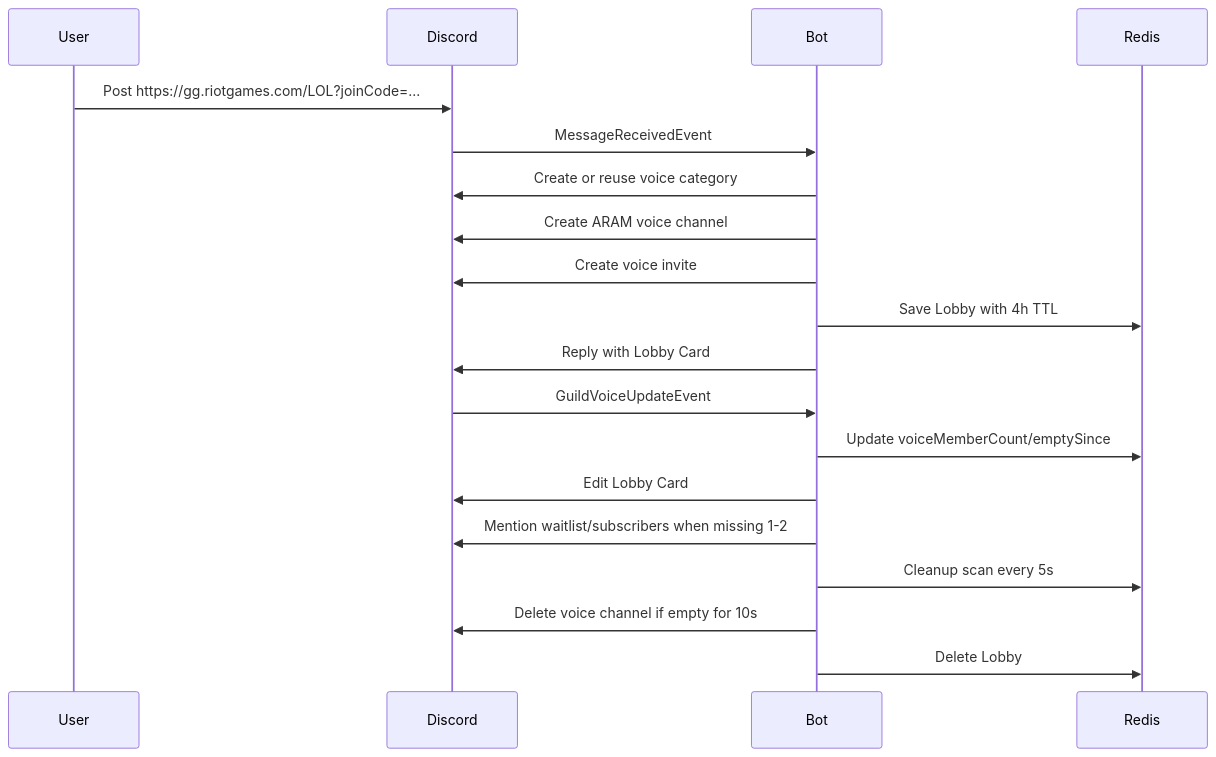
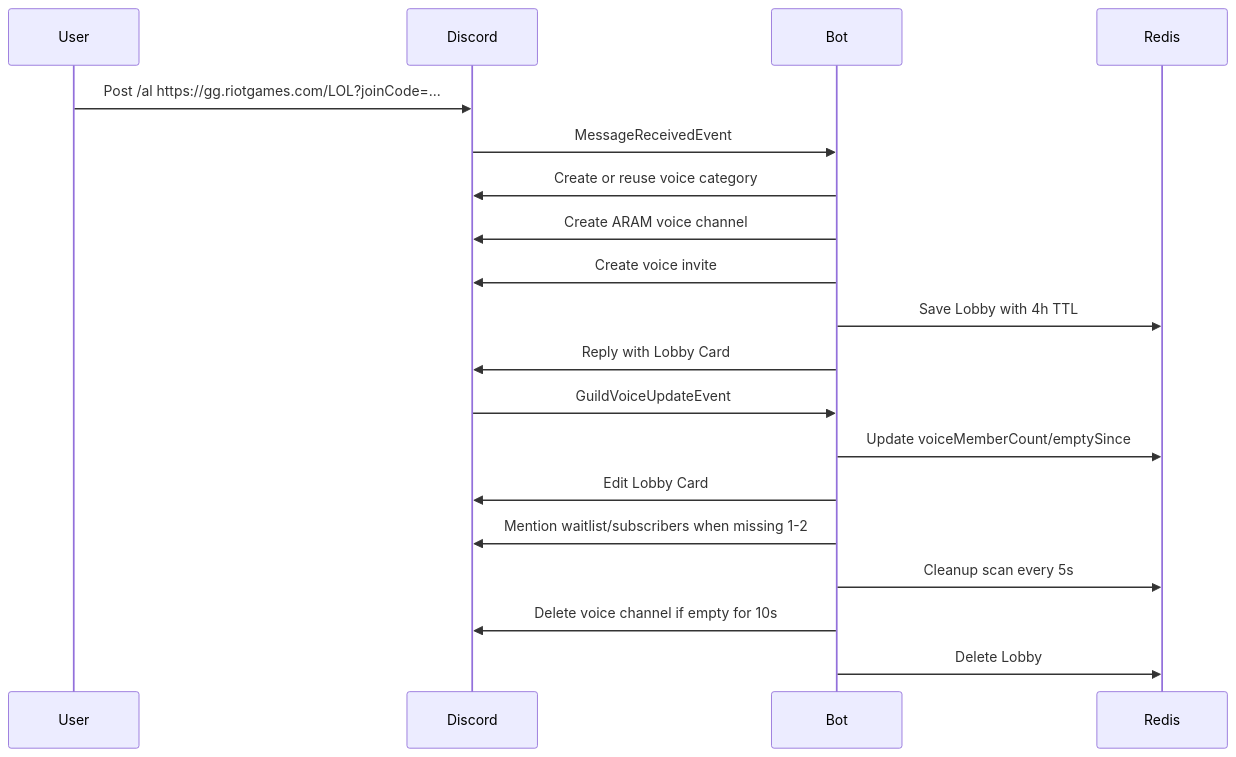
Before and after one commit to Eddie425/aram-lobby-bot: the second of 2 diagrams in docs/technical-design.md, drawn with Mermaid. The commit also changed other lines of this file and 11 other files, not shown here.

````diff
--- a/docs/technical-design.md
+++ b/docs/technical-design.md
@@ -36,22 +36,22 @@
 ```mermaid
 sequenceDiagram
     participant U as User
     participant D as Discord
     participant B as Bot
     participant R as Redis
 
-    U->>D: Post https://gg.riotgames.com/LOL?joinCode=...
+    U->>D: Post /al https://gg.riotgames.com/LOL?joinCode=...
     D->>B: MessageReceivedEvent
     B->>D: Create or reuse voice category
     B->>D: Create ARAM voice channel
     B->>D: Create voice invite
     B->>R: Save Lobby with 4h TTL
     B->>D: Reply with Lobby Card
     D->>B: GuildVoiceUpdateEvent
     B->>R: Update voiceMemberCount/emptySince
     B->>D: Edit Lobby Card
     B->>D: Mention waitlist/subscribers when missing 1-2
     B->>R: Cleanup scan every 5s
     B->>D: Delete voice channel if empty for 10s
     B->>R: Delete Lobby
 ```
````
